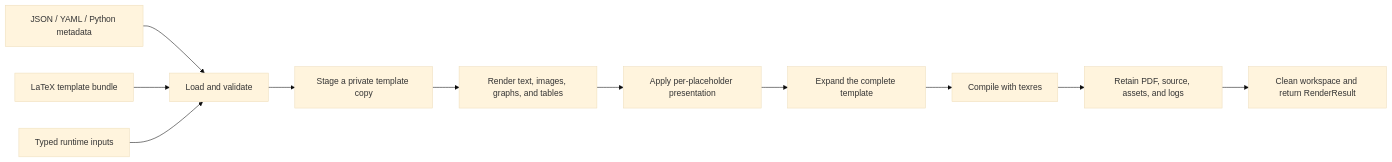
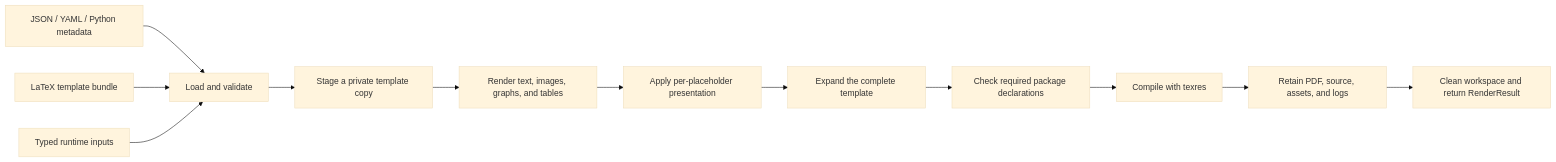
One commit to binzhango/report_agent changed the diagram in docs/project-overview.md. Above: the diagram before and after it, drawn with Mermaid (base theme). The commit also changed other lines of this file and 35 other files, not shown here.

````diff
--- a/docs/project-overview.md
+++ b/docs/project-overview.md
@@ -25,13 +25,14 @@
 ```mermaid
 flowchart LR
     Metadata[JSON / YAML / Python metadata] --> Validate[Load and validate]
     Bundle[LaTeX template bundle] --> Validate
     Inputs[Typed runtime inputs] --> Validate
     Validate --> Workspace[Stage a private template copy]
     Workspace --> Content[Render text, images, graphs, and tables]
     Content --> Style[Apply per-placeholder presentation]
     Style --> Jinja[Expand the complete template]
-    Jinja --> Compiler[Compile with texres]
+    Jinja --> Packages[Check required package declarations]
+    Packages --> Compiler[Compile with texres]
     Compiler --> Publish[Retain PDF, source, assets, and logs]
     Publish --> Cleanup[Clean workspace and return RenderResult]
 ```
````
